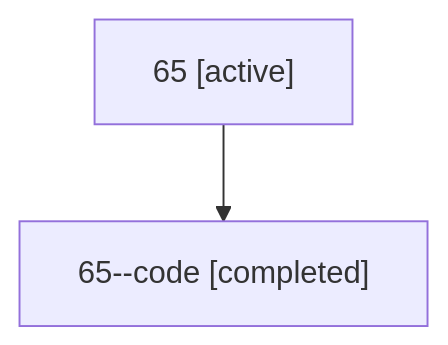
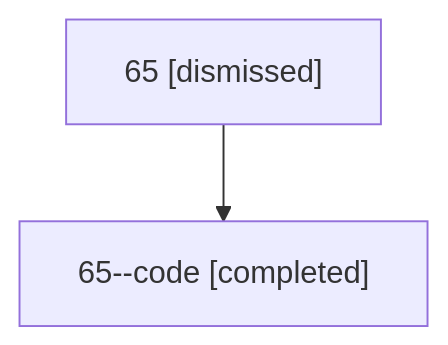
One commit to sase-org/sase--agents changed the diagram in sessions/bbugyi200.athena.65.md. Above: the diagram before and after it, drawn with Mermaid. The commit also changed other lines of this file and 24 other files, not shown here.

````diff
--- a/sessions/bbugyi200.athena.65.md
+++ b/sessions/bbugyi200.athena.65.md
@@ -9,6 +9,6 @@
 ```mermaid
 flowchart TD
-  n0["65 [active]"]
+  n0["65 [dismissed]"]
   n1["65--code [completed]"]
   n0 --> n1
 ```
````
